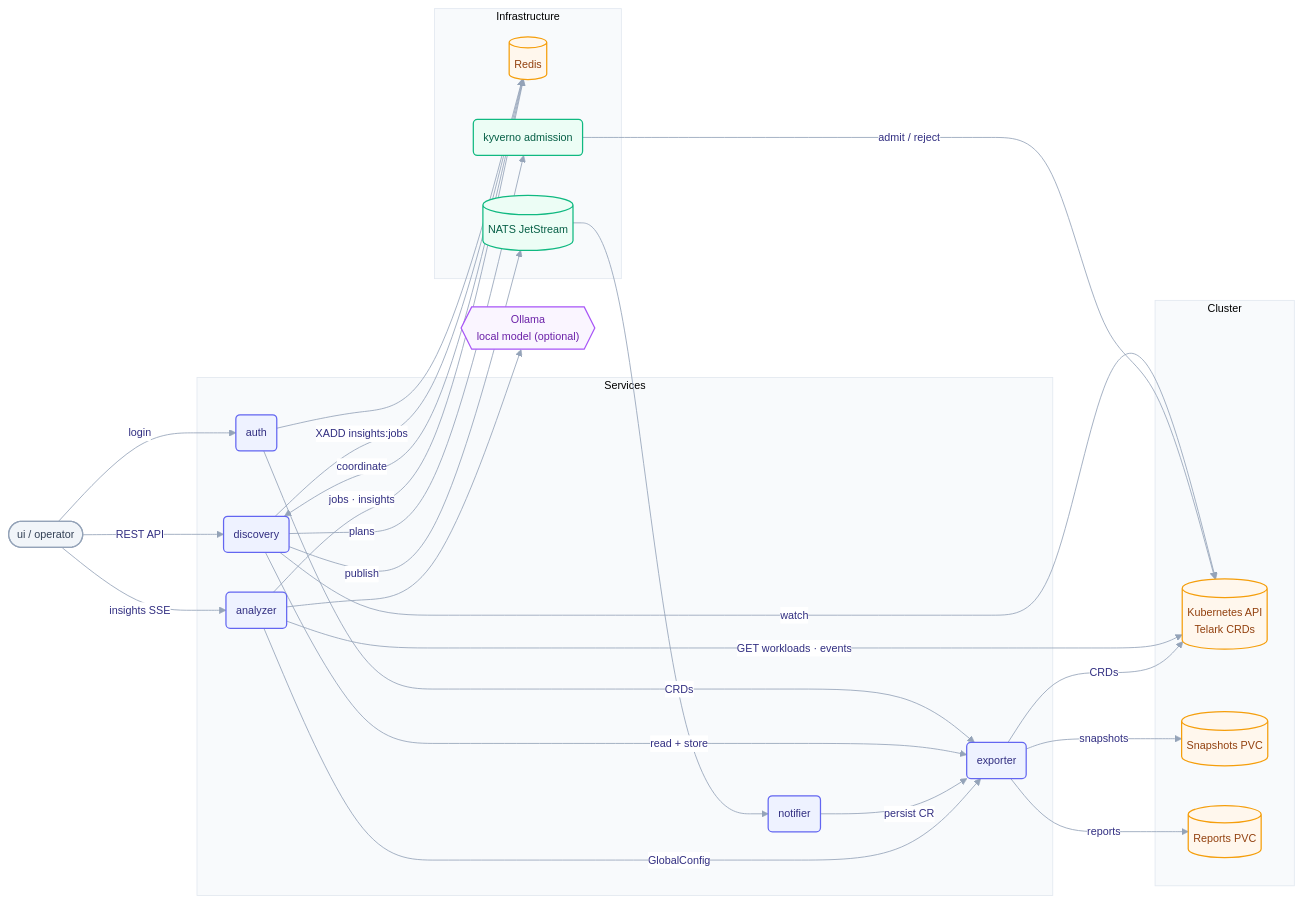
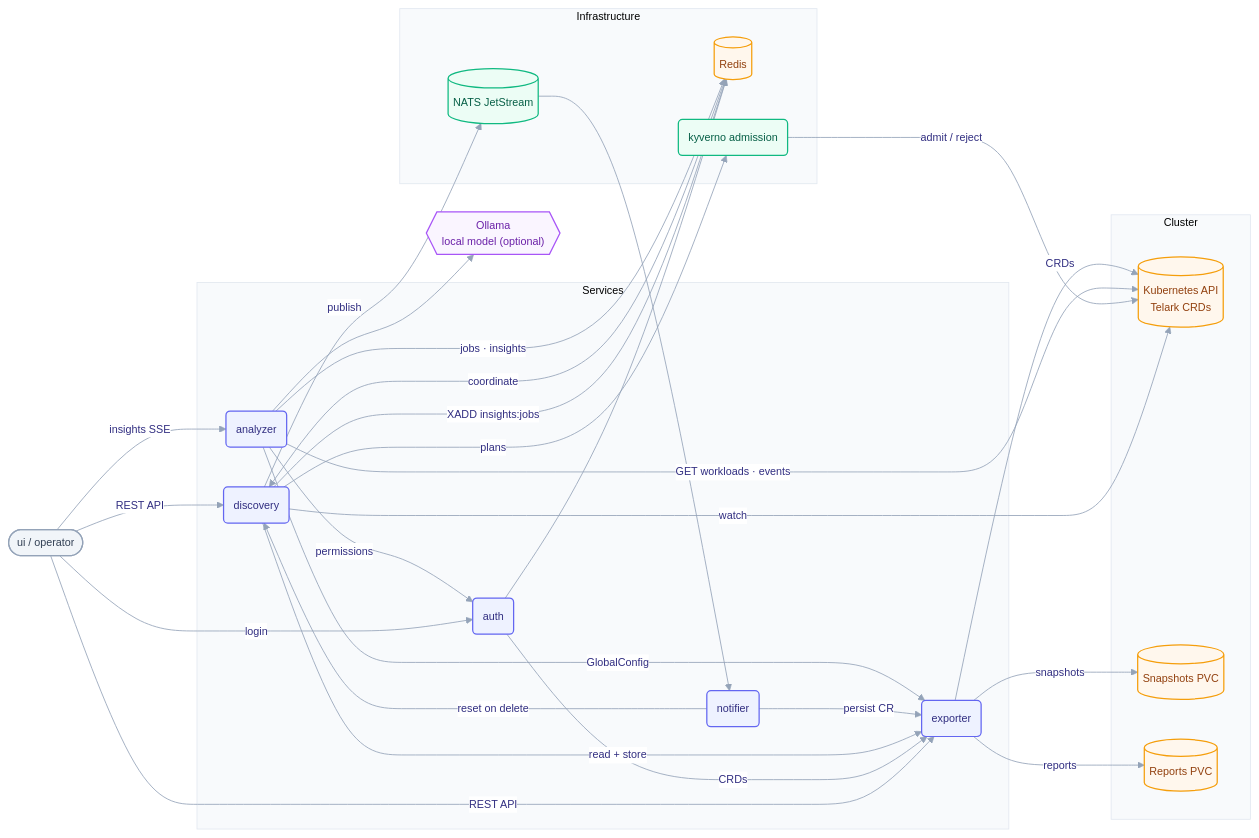
Before and after one commit to telark/telark: the diagram in docs/architecture.md, drawn with Mermaid. The commit also changed other lines of this file and 333 other files, not shown here.

````diff
--- a/docs/architecture.md
+++ b/docs/architecture.md
@@ -7,62 +7,65 @@
 ```mermaid
 %%{init: {"theme":"base","themeVariables":{"fontFamily":"ui-sans-serif, system-ui, -apple-system, Segoe UI, Roboto, sans-serif","fontSize":"13px","lineColor":"#94a3b8","primaryColor":"#eef2ff","primaryBorderColor":"#6366f1","primaryTextColor":"#312e81","edgeLabelBackground":"#ffffff","clusterBkg":"#f8fafc","clusterBorder":"#e2e8f0"},"flowchart":{"curve":"basis","htmlLabels":true,"nodeSpacing":48,"rankSpacing":64,"padding":12}}}%%
 flowchart LR
   UI(["ui / operator"])
 
   subgraph services["Services"]
     AUTH(auth)
     DISC(discovery)
     EXP(exporter)
     ANL(analyzer)
     NTF(notifier)
   end
 
   subgraph infra["Infrastructure"]
     REDIS[("Redis")]
     NATS[("NATS JetStream")]
     KYV(kyverno admission)
   end
 
   subgraph cluster["Cluster"]
     K8S[("Kubernetes API<br/>Telark CRDs")]
     PVC[("Snapshots PVC")]
     RPVC[("Reports PVC")]
   end
 
   LLM{{"Ollama<br/>local model (optional)"}}
 
   UI -->|login| AUTH
   UI -->|REST API| DISC
   UI -->|insights SSE| ANL
+  UI -->|REST API| EXP
 
   AUTH -->|CRDs| EXP
   AUTH --> REDIS
 
   DISC -->|watch| K8S
   DISC -->|read + store| EXP
   DISC -->|publish| NATS --> NTF -->|persist CR| EXP
+  NTF -->|reset on delete| DISC
   DISC -->|XADD insights:jobs| REDIS
   DISC <-->|coordinate| REDIS
   DISC -->|plans| KYV
   KYV -->|admit / reject| K8S
 
   ANL -->|jobs · insights| REDIS
   ANL -->|GlobalConfig| EXP
+  ANL -->|permissions| AUTH
   ANL --> LLM
   ANL -->|GET workloads · events| K8S
 
   EXP -->|CRDs| K8S
   EXP -->|snapshots| PVC
   EXP -->|reports| RPVC
 
   classDef svc fill:#eef2ff,stroke:#6366f1,stroke-width:1.5px,color:#312e81;
   classDef infra fill:#ecfdf5,stroke:#10b981,stroke-width:1.5px,color:#065f46;
   classDef store fill:#fff7ed,stroke:#f59e0b,stroke-width:1.5px,color:#92400e;
   classDef peer fill:#f1f5f9,stroke:#94a3b8,stroke-width:1.5px,color:#334155;
   classDef ext fill:#faf5ff,stroke:#a855f7,stroke-width:1.5px,color:#6b21a8;
   class AUTH,DISC,EXP,ANL,NTF svc;
   class NATS,KYV infra;
   class REDIS,K8S,PVC,RPVC store;
   class UI peer;
   class LLM ext;
 ```
````
